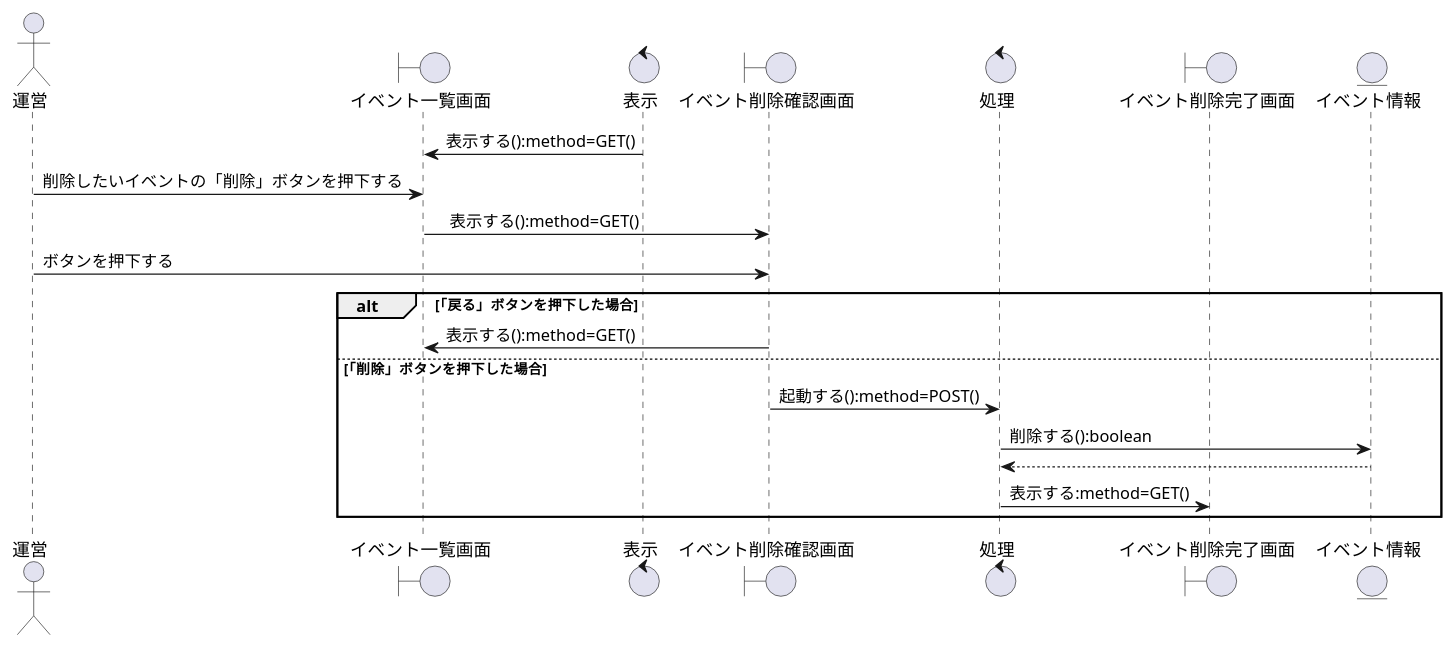
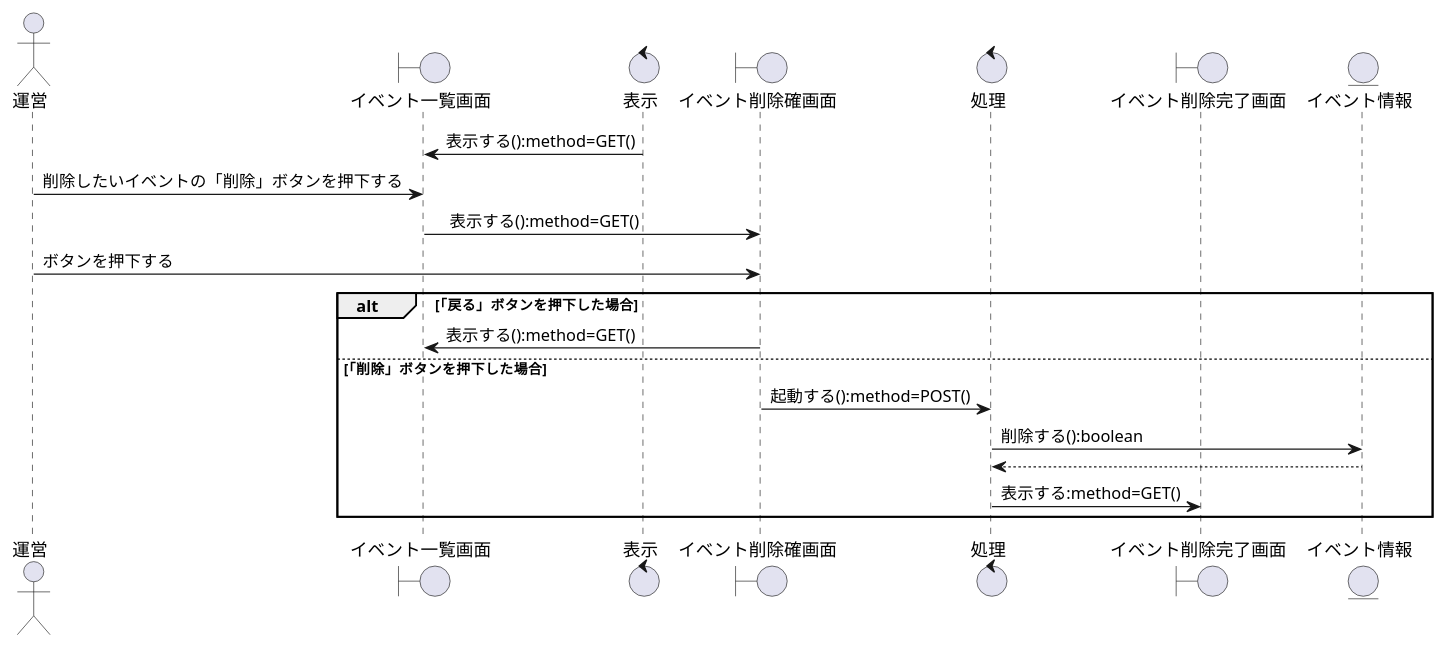
Before and after one commit to K-Rinrin/GroupE: the diagram in お城/お城/設計書/シーケンス図/運営/イベント情報機能/シーケンス図_運営がイベント情報を削除する.pu, drawn with PlantUML. The commit also changed 11 other files, not shown here.

```diff
--- a/お城/お城/設計書/シーケンス図/運営/イベント情報機能/シーケンス図_運営がイベント情報を削除する.pu
+++ b/お城/お城/設計書/シーケンス図/運営/イベント情報機能/シーケンス図_運営がイベント情報を削除する.pu
@@ -1,34 +1,34 @@
 @startuml 運営がイベント情報を削除する
 
 
 ' ========================================
 ' 登場モノの定義
 ' ========================================
 actor "運営" as Operator
 boundary "イベント一覧画面" as b1
 control "表示" as c1
-boundary "イベント削除確認画面" as b2
+boundary "イベント削除確画面" as b2
 control "処理" as c2
 boundary "イベント削除完了画面" as b3
 entity "イベント情報" as e1
 
 ' ========================================
 ' シーケンスの流れ
 ' ========================================
 
 c1 -> b1 : 表示する():method=GET()
 Operator -> b1 : 削除したいイベントの「削除」ボタンを押下する
 b1 -> b2 :　表示する():method=GET()
 Operator -> b2 : ボタンを押下する
 alt 「戻る」ボタンを押下した場合
     b2 -> b1 : 表示する():method=GET()
 else 「削除」ボタンを押下した場合
     b2 -> c2 : 起動する():method=POST()
     c2 -> e1 : 削除する():boolean
     e1 --> c2
     c2 -> b3 : 表示する:method=GET()
 end
 
 
 
 @enduml
```
